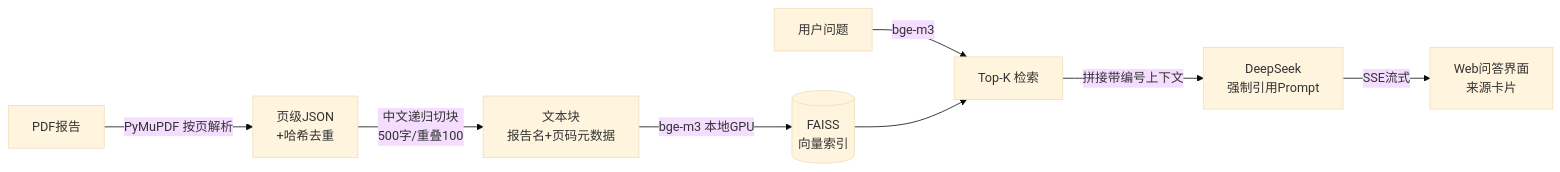
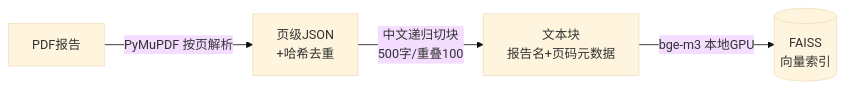
The first of 2 diagrams in README.md (shit-king/Embodied-Intelligence-RAG), drawn with Mermaid (base theme) before and after one commit. The commit also changed other lines of this file and 5 other files, not shown here.

````diff
--- a/README.md
+++ b/README.md
@@ -18,10 +21,6 @@
 ```mermaid
 flowchart LR
     A[PDF报告] -->|PyMuPDF 按页解析| B[页级JSON<br>+哈希去重]
     B -->|中文递归切块<br>500字/重叠100| C[文本块<br>报告名+页码元数据]
     C -->|bge-m3 本地GPU| D[(FAISS<br>向量索引)]
-    Q[用户问题] -->|bge-m3| E[Top-K 检索]
-    D --> E
-    E -->|拼接带编号上下文| F[DeepSeek<br>强制引用Prompt]
-    F -->|SSE流式| G[Web问答界面<br>来源卡片]
 ```
````
